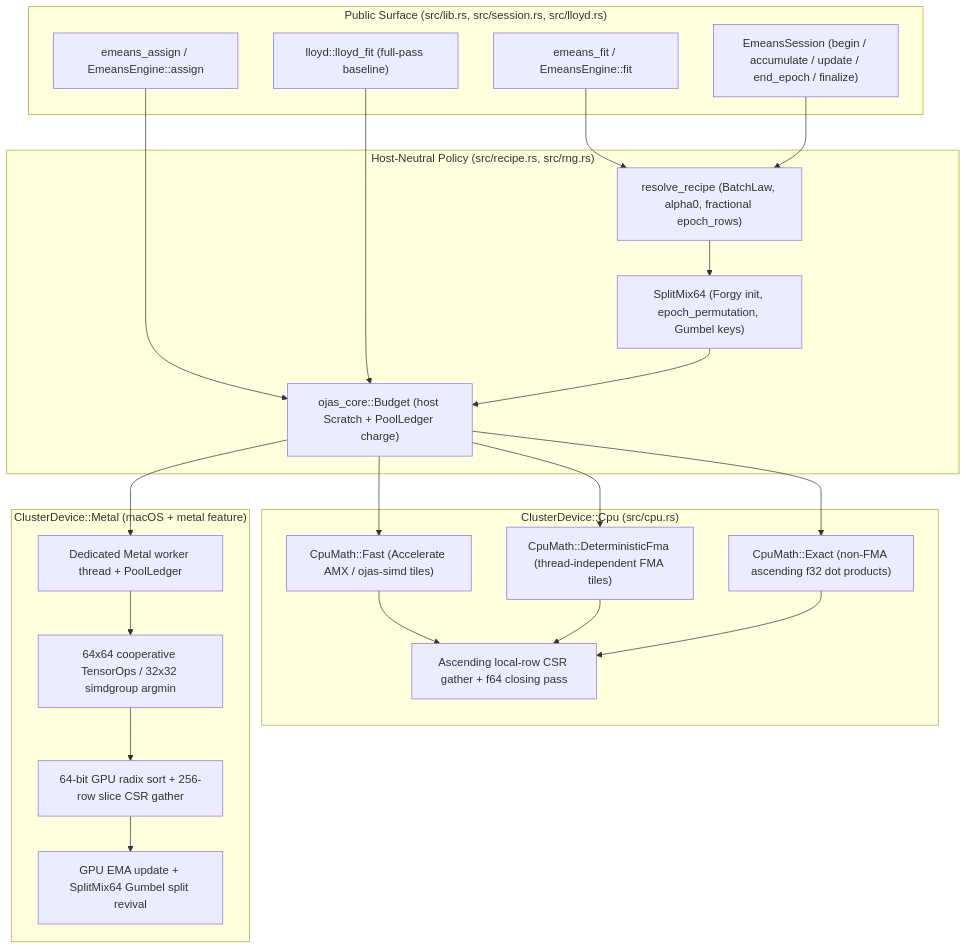
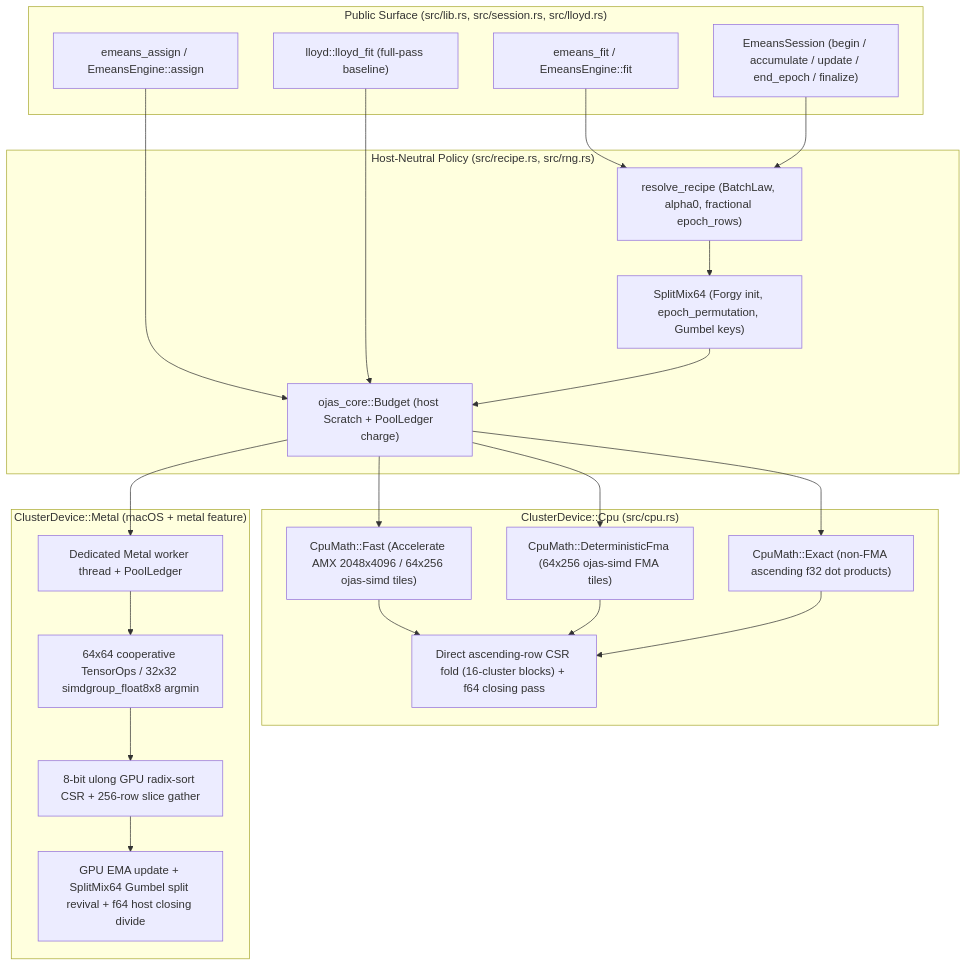
Before and after one commit to bharathvbcr/ojas: the diagram in ojas-cluster/README.md, drawn with Mermaid. The commit also changed other lines of this file and 4 other files, not shown here.

Commit message:
docs(ojas-cluster): align README kernel/revival details and verify post-drop bench budget

````diff
--- a/ojas-cluster/README.md
+++ b/ojas-cluster/README.md
@@ -12,46 +12,46 @@
 ```mermaid
 flowchart TD
     subgraph API["Public Surface (src/lib.rs, src/session.rs, src/lloyd.rs)"]
         Fit["emeans_fit / EmeansEngine::fit"]
         Assign["emeans_assign / EmeansEngine::assign"]
         Stream["EmeansSession (begin / accumulate / update / end_epoch / finalize)"]
         Lloyd["lloyd::lloyd_fit (full-pass baseline)"]
     end
 
     subgraph Policy["Host-Neutral Policy (src/recipe.rs, src/rng.rs)"]
         Recipe["resolve_recipe (BatchLaw, alpha0, fractional epoch_rows)"]
         RNG["SplitMix64 (Forgy init, epoch_permutation, Gumbel keys)"]
         BudgetGuard["ojas_core::Budget (host Scratch + PoolLedger charge)"]
     end
 
     subgraph CPU["ClusterDevice::Cpu (src/cpu.rs)"]
-        CpuFast["CpuMath::Fast (Accelerate AMX / ojas-simd tiles)"]
-        CpuDet["CpuMath::DeterministicFma (thread-independent FMA tiles)"]
+        CpuFast["CpuMath::Fast (Accelerate AMX 2048x4096 / 64x256 ojas-simd tiles)"]
+        CpuDet["CpuMath::DeterministicFma (64x256 ojas-simd FMA tiles)"]
         CpuExact["CpuMath::Exact (non-FMA ascending f32 dot products)"]
-        CpuCSR["Ascending local-row CSR gather + f64 closing pass"]
+        CpuCSR["Direct ascending-row CSR fold (16-cluster blocks) + f64 closing pass"]
     end
 
     subgraph Metal["ClusterDevice::Metal (macOS + metal feature)"]
         Worker["Dedicated Metal worker thread + PoolLedger"]
-        TOps["64x64 cooperative TensorOps / 32x32 simdgroup argmin"]
-        Radix["64-bit GPU radix sort + 256-row slice CSR gather"]
-        Revive["GPU EMA update + SplitMix64 Gumbel split revival"]
+        TOps["64x64 cooperative TensorOps / 32x32 simdgroup_float8x8 argmin"]
+        Radix["8-bit ulong GPU radix-sort CSR + 256-row slice gather"]
+        Revive["GPU EMA update + SplitMix64 Gumbel split revival + f64 host closing divide"]
     end
 
     Fit --> Recipe
     Stream --> Recipe
     Assign --> BudgetGuard
     Lloyd --> BudgetGuard
     Recipe --> RNG
     RNG --> BudgetGuard
     BudgetGuard --> CpuFast
     BudgetGuard --> CpuDet
     BudgetGuard --> CpuExact
     CpuFast --> CpuCSR
     CpuDet --> CpuCSR
     CpuExact --> CpuCSR
     BudgetGuard --> Worker
     Worker --> TOps
     TOps --> Radix
     Radix --> Revive
 ```
````
